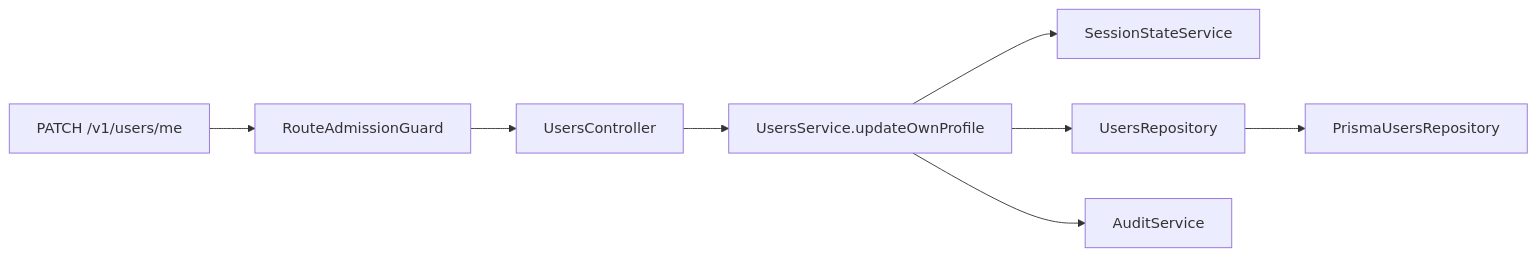
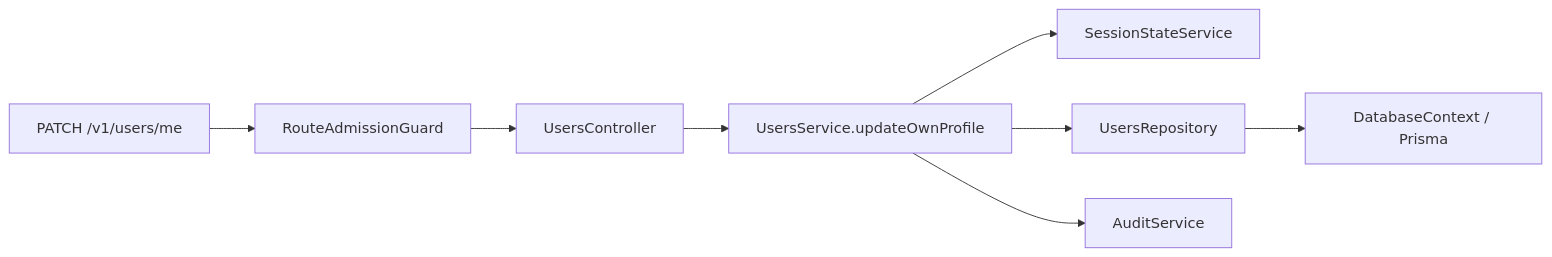
One commit to KasraK2K/nexora-platform-core changed the diagram in docs/getting-started/project-tour.md. Above: the diagram before and after it, drawn with Mermaid. The commit also changed other lines of this file and 241 other files, not shown here.

````diff
--- a/docs/getting-started/project-tour.md
+++ b/docs/getting-started/project-tour.md
@@ -25,10 +25,10 @@
 ```mermaid
 flowchart LR
     Client["PATCH /v1/users/me"] --> Admission["RouteAdmissionGuard"]
     Admission --> Controller["UsersController"]
     Controller --> Service["UsersService.updateOwnProfile"]
     Service --> Session["SessionStateService"]
     Service --> Repository["UsersRepository"]
-    Repository --> Prisma["PrismaUsersRepository"]
+    Repository --> Database["DatabaseContext / Prisma"]
     Service --> Audit["AuditService"]
 ```
````
